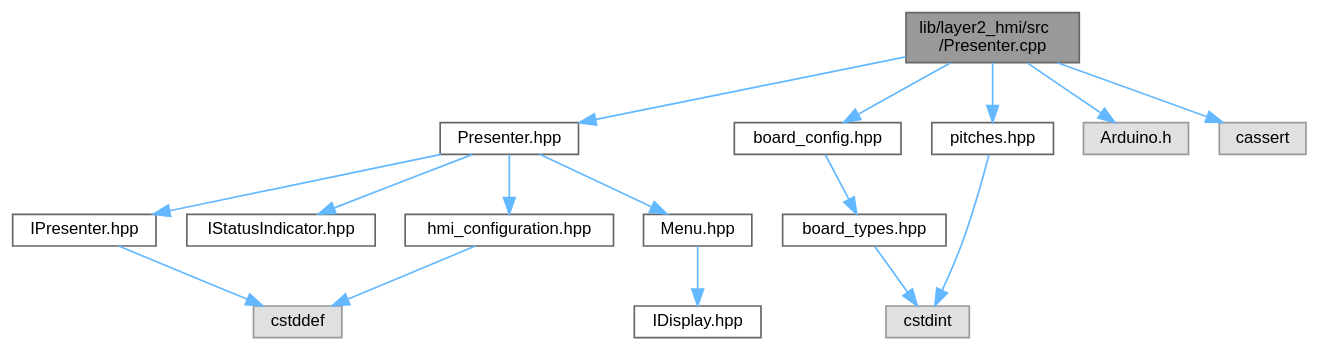
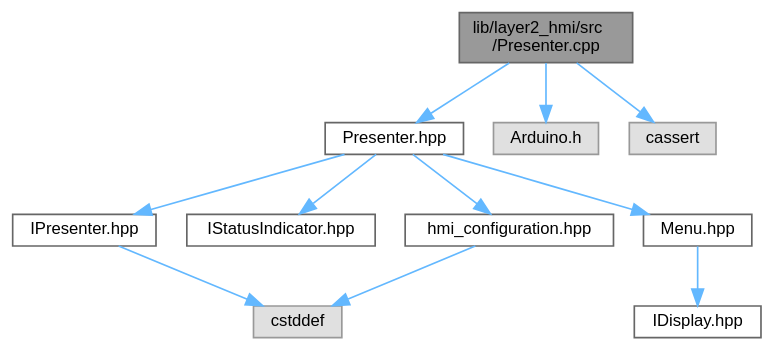
The diagram in feature/clean-structure-for-hmi-interaction/Presenter_8cpp__incl.dot (Task-Tracker-Systems/Task-Tracker-Device), drawn with Graphviz before and after one commit. The commit also changed 245 other files, not shown here.

```diff
--- a/feature/clean-structure-for-hmi-interaction/Presenter_8cpp__incl.dot
+++ b/feature/clean-structure-for-hmi-interaction/Presenter_8cpp__incl.dot
@@ -1,36 +1,27 @@
 digraph "lib/layer2_hmi/src/Presenter.cpp"
 {
  // LATEX_PDF_SIZE
   bgcolor="transparent";
   edge [fontname=Helvetica,fontsize=10,labelfontname=Helvetica,labelfontsize=10];
   node [fontname=Helvetica,fontsize=10,shape=box,height=0.2,width=0.4];
   Node1 [id="Node000001",label="lib/layer2_hmi/src\l/Presenter.cpp",height=0.2,width=0.4,color="gray40", fillcolor="grey60", style="filled", fontcolor="black",tooltip=" "];
   Node1 -> Node2 [id="edge1_Node000001_Node000002",color="steelblue1",style="solid",tooltip=" "];
   Node2 [id="Node000002",label="Presenter.hpp",height=0.2,width=0.4,color="grey40", fillcolor="white", style="filled",URL="$Presenter_8hpp.xhtml",tooltip=" "];
   Node2 -> Node3 [id="edge2_Node000002_Node000003",color="steelblue1",style="solid",tooltip=" "];
   Node3 [id="Node000003",label="IPresenter.hpp",height=0.2,width=0.4,color="grey40", fillcolor="white", style="filled",URL="$IPresenter_8hpp.xhtml",tooltip=" "];
   Node3 -> Node4 [id="edge3_Node000003_Node000004",color="steelblue1",style="solid",tooltip=" "];
   Node4 [id="Node000004",label="cstddef",height=0.2,width=0.4,color="grey60", fillcolor="#E0E0E0", style="filled",tooltip=" "];
   Node2 -> Node5 [id="edge4_Node000002_Node000005",color="steelblue1",style="solid",tooltip=" "];
   Node5 [id="Node000005",label="IStatusIndicator.hpp",height=0.2,width=0.4,color="grey40", fillcolor="white", style="filled",URL="$IStatusIndicator_8hpp.xhtml",tooltip=" "];
   Node2 -> Node6 [id="edge5_Node000002_Node000006",color="steelblue1",style="solid",tooltip=" "];
   Node6 [id="Node000006",label="Menu.hpp",height=0.2,width=0.4,color="grey40", fillcolor="white", style="filled",URL="$Menu_8hpp.xhtml",tooltip=" "];
   Node6 -> Node7 [id="edge6_Node000006_Node000007",color="steelblue1",style="solid",tooltip=" "];
   Node7 [id="Node000007",label="IDisplay.hpp",height=0.2,width=0.4,color="grey40", fillcolor="white", style="filled",URL="$IDisplay_8hpp.xhtml",tooltip=" "];
   Node2 -> Node8 [id="edge7_Node000002_Node000008",color="steelblue1",style="solid",tooltip=" "];
   Node8 [id="Node000008",label="hmi_configuration.hpp",height=0.2,width=0.4,color="grey40", fillcolor="white", style="filled",URL="$hmi__configuration_8hpp.xhtml",tooltip=" "];
   Node8 -> Node4 [id="edge8_Node000008_Node000004",color="steelblue1",style="solid",tooltip=" "];
   Node1 -> Node9 [id="edge9_Node000001_Node000009",color="steelblue1",style="solid",tooltip=" "];
-  Node9 [id="Node000009",label="board_config.hpp",height=0.2,width=0.4,color="grey40", fillcolor="white", style="filled",URL="$board__config_8hpp.xhtml",tooltip="Provides named objects for the pins provided by the board."];
-  Node9 -> Node10 [id="edge10_Node000009_Node000010",color="steelblue1",style="solid",tooltip=" "];
-  Node10 [id="Node000010",label="board_types.hpp",height=0.2,width=0.4,color="grey40", fillcolor="white", style="filled",URL="$board__types_8hpp.xhtml",tooltip=" "];
-  Node10 -> Node11 [id="edge11_Node000010_Node000011",color="steelblue1",style="solid",tooltip=" "];
-  Node11 [id="Node000011",label="cstdint",height=0.2,width=0.4,color="grey60", fillcolor="#E0E0E0", style="filled",tooltip=" "];
-  Node1 -> Node12 [id="edge12_Node000001_Node000012",color="steelblue1",style="solid",tooltip=" "];
-  Node12 [id="Node000012",label="pitches.hpp",height=0.2,width=0.4,color="grey40", fillcolor="white", style="filled",URL="$pitches_8hpp.xhtml",tooltip=" "];
-  Node12 -> Node11 [id="edge13_Node000012_Node000011",color="steelblue1",style="solid",tooltip=" "];
-  Node1 -> Node13 [id="edge14_Node000001_Node000013",color="steelblue1",style="solid",tooltip=" "];
-  Node13 [id="Node000013",label="Arduino.h",height=0.2,width=0.4,color="grey60", fillcolor="#E0E0E0", style="filled",tooltip=" "];
-  Node1 -> Node14 [id="edge15_Node000001_Node000014",color="steelblue1",style="solid",tooltip=" "];
-  Node14 [id="Node000014",label="cassert",height=0.2,width=0.4,color="grey60", fillcolor="#E0E0E0", style="filled",tooltip=" "];
+  Node9 [id="Node000009",label="Arduino.h",height=0.2,width=0.4,color="grey60", fillcolor="#E0E0E0", style="filled",tooltip=" "];
+  Node1 -> Node10 [id="edge10_Node000001_Node000010",color="steelblue1",style="solid",tooltip=" "];
+  Node10 [id="Node000010",label="cassert",height=0.2,width=0.4,color="grey60", fillcolor="#E0E0E0", style="filled",tooltip=" "];
 }
```
